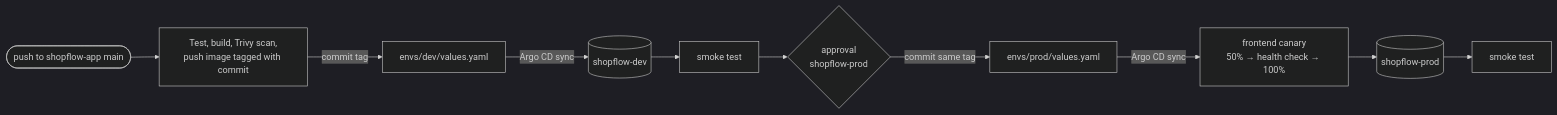
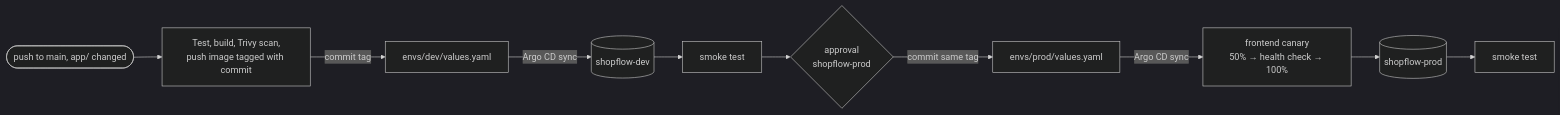
The diagram in gitops/README.md (kirthikesh/shopflow), drawn with Mermaid (dark theme) before and after one commit. The commit also changed other lines of this file and 20 other files, not shown here.

````diff
--- a/gitops/README.md
+++ b/gitops/README.md
@@ -18,12 +18,12 @@
 ```mermaid
 flowchart LR
-    APP([push to shopflow-app main]) --> CI[Test, build, Trivy scan,<br/>push image tagged with commit]
+    APP([push to main, app/ changed]) --> CI[Test, build, Trivy scan,<br/>push image tagged with commit]
     CI -->|commit tag| DEV[envs/dev/values.yaml]
     DEV -->|Argo CD sync| DEVNS[(shopflow-dev)]
     DEVNS --> SMOKE1[smoke test]
     SMOKE1 --> GATE{approval<br/>shopflow-prod}
     GATE -->|commit same tag| PROD[envs/prod/values.yaml]
     PROD -->|Argo CD sync| CANARY[frontend canary<br/>50% → health check → 100%]
     CANARY --> PRODNS[(shopflow-prod)]
     PRODNS --> SMOKE2[smoke test]
 ```
````
